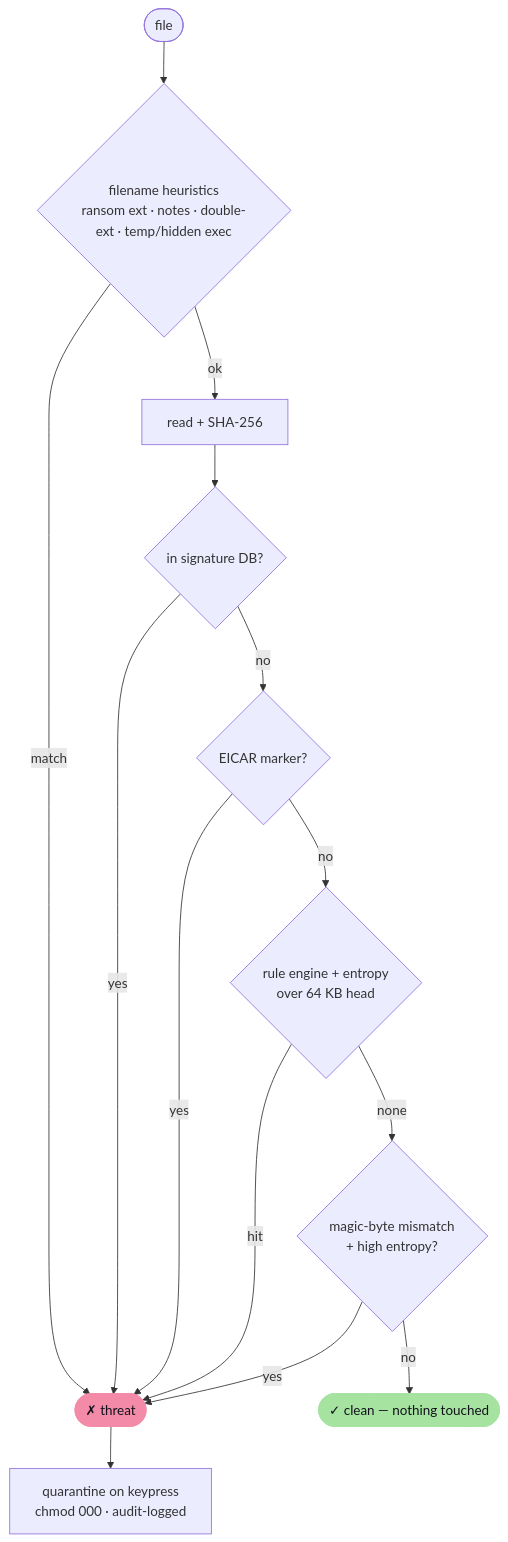
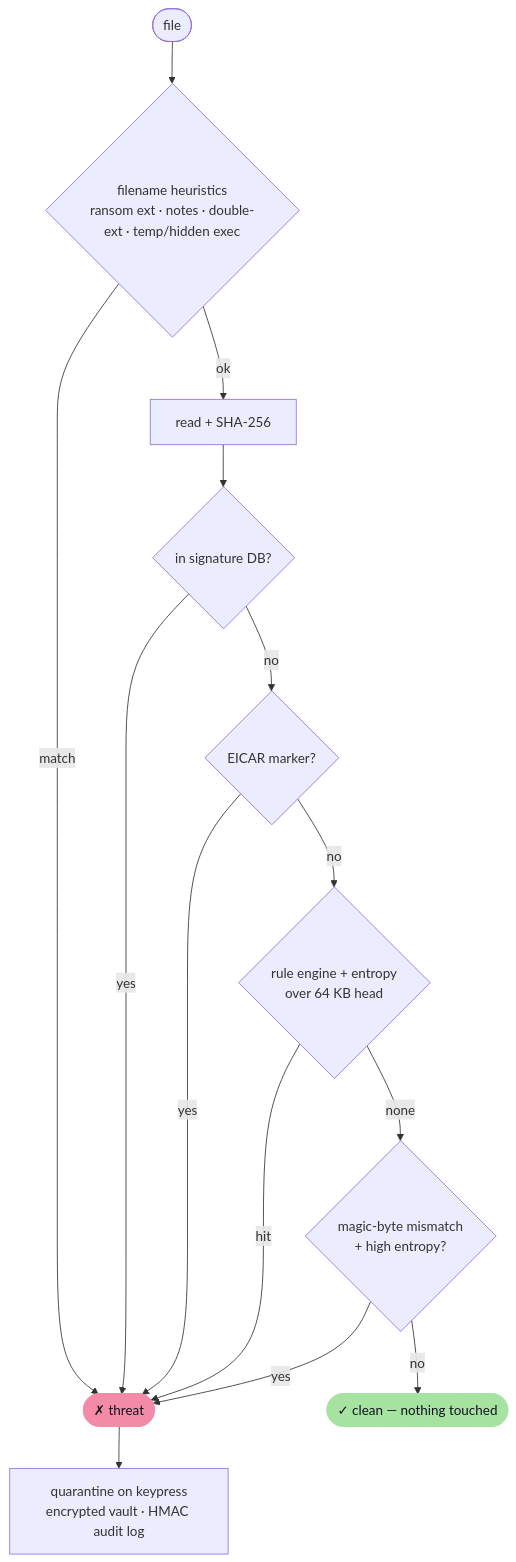
Before and after one commit to andreipaciurca/aegis: the second of 3 diagrams in README.md, drawn with Mermaid. The commit also changed other lines of this file and 11 other files, not shown here.

Commit message:
Harden quarantine vault restore flow

````diff
--- a/README.md
+++ b/README.md
@@ -226,22 +226,22 @@
 ```mermaid
 flowchart TD
     start([file]) --> h{"filename heuristics<br/>ransom ext · notes · double-ext · temp/hidden exec"}
     h -- match --> threat
     h -- ok --> hash["read + SHA-256"]
     hash --> sig{"in signature DB?"}
     sig -- yes --> threat
     sig -- no --> eicar{"EICAR marker?"}
     eicar -- yes --> threat
     eicar -- no --> rules{"rule engine + entropy<br/>over 64 KB head"}
     rules -- hit --> threat
     rules -- none --> magic{"magic-byte mismatch<br/>+ high entropy?"}
     magic -- yes --> threat
     magic -- no --> clean([✓ clean — nothing touched])
 
-    threat([✗ threat]) --> quar["quarantine on keypress<br/>chmod 000 · audit-logged"]
+    threat([✗ threat]) --> quar["quarantine on keypress<br/>encrypted vault · HMAC audit log"]
 
     classDef bad fill:#f38ba8,stroke:#f38ba8,color:#11111b;
     classDef good fill:#a6e3a1,stroke:#a6e3a1,color:#11111b;
     class threat bad;
     class clean good;
 ```
````
